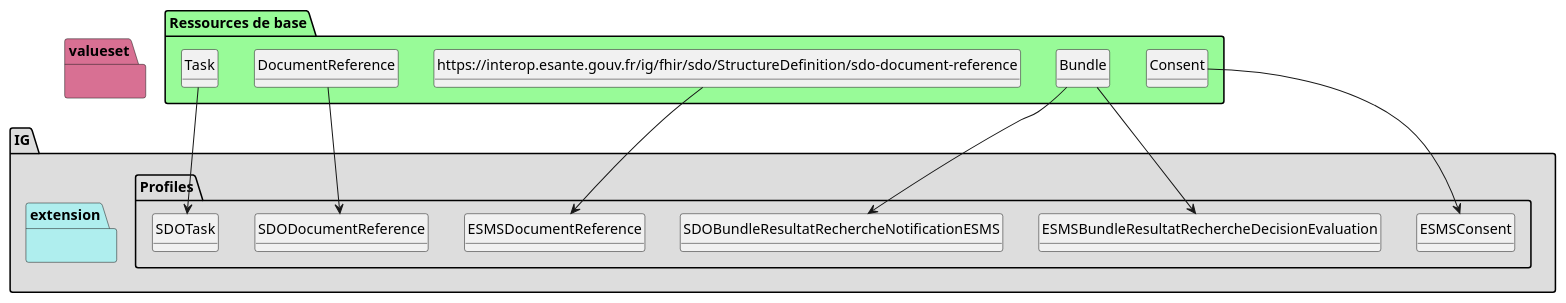
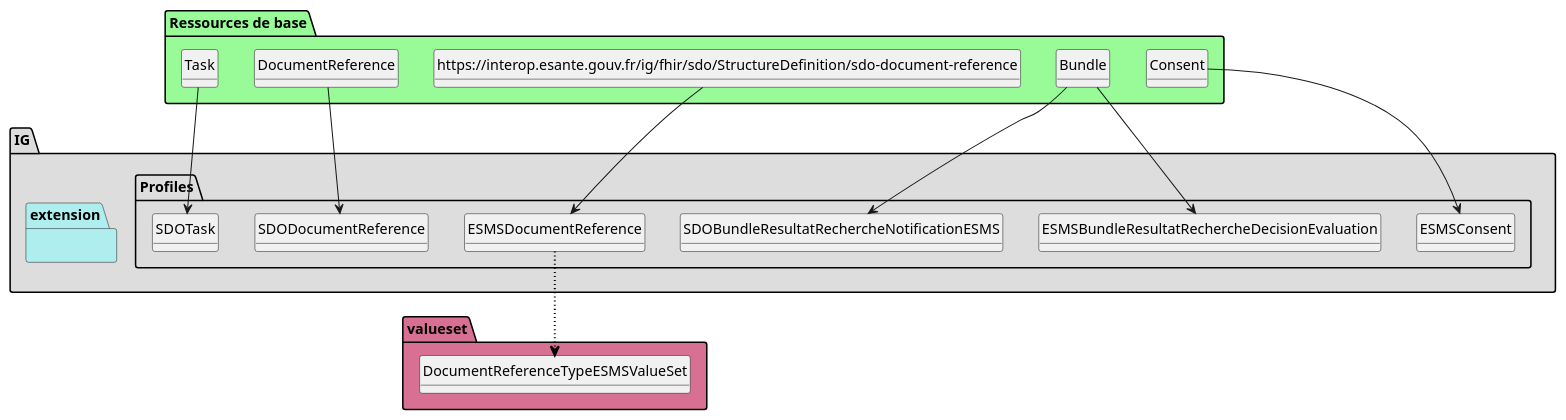
One commit to ansforge/IG-fhir-medicosocial-suivi-decisions-orientation changed the diagram in issues96/plantuml/graph.puml. Above: the diagram before and after it, drawn with PlantUML. The commit also changed 260 other files, not shown here.

```diff
--- a/issues96/plantuml/graph.puml
+++ b/issues96/plantuml/graph.puml
@@ -1,152 +1,156 @@
 @startuml
 set namespaceSeparator ?
 hide circle
 hide class fields
 
 package IG #DDDDDD{
 
      package Profiles #DDDDDD{
 
         class ESMSBundleResultatRechercheDecisionEvaluation{
 
              Bundle.type => [None..None]
              Bundle.entry.resource => [1..None]
         } 
 
         class ESMSConsent{
 
              Consent.meta => [1..None]
              Consent.meta.source => [1..None]
              Consent.scope => [None..None]
              Consent.category => [None..None]
              Consent.dateTime => [1..None]
              Consent.provision => [1..None]
              Consent.provision.data => [1..1]
              Consent.provision.data.meaning => [None..None]
              Consent.provision.data.reference => [None..None]
              Consent.provision.data.reference.identifier => [1..None]
              Consent.provision.data.reference.identifier.use => [1..None]
              Consent.provision.data.reference.identifier.value => [1..None]
         } 
 
         class ESMSDocumentReference{
 
              DocumentReference => [None..None]
              DocumentReference.identifier => [2..None]
              DocumentReference.type => [1..None]
              DocumentReference.content.attachment.title => [None..None]
         } 
 
         class SDOBundleResultatRechercheNotificationESMS{
 
              Bundle.type => [None..None]
              Bundle.entry.resource => [1..None]
         } 
 
         class SDODocumentReference{
 
              DocumentReference.identifier => [1..2]
              DocumentReference.identifier:idDecision => [1..1]
              DocumentReference.identifier:idDecision.use => [1..None]
              DocumentReference.identifier:idDecision.value => [1..None]
              DocumentReference.identifier:idNat_Decision => [0..1]
              DocumentReference.identifier:idNat_Decision.use => [1..None]
              DocumentReference.identifier:idNat_Decision.value => [1..None]
              DocumentReference.content => [None..1]
              DocumentReference.content.attachment.title => [1..None]
         } 
 
         class SDOTask{
 
              Task.meta.lastUpdated => [1..None]
              Task.intent => [None..None]
              Task.input => [5..None]
              Task.input:idNat_Struct => [1..1]
              Task.input:idNat_Struct.type => [None..None]
              Task.input:idNat_Struct.value[x] => [None..None]
              Task.input:nomESMS => [1..1]
              Task.input:nomESMS.type => [None..None]
              Task.input:nomESMS.value[x] => [None..None]
              Task.input:statutESMS => [0..1]
              Task.input:statutESMS.type => [None..None]
              Task.input:statutESMS.value[x] => [None..None]
              Task.input:motifESMS => [0..1]
              Task.input:motifESMS.type => [None..None]
              Task.input:motifESMS.value[x] => [None..None]
              Task.input:dateStatutESMS => [0..1]
              Task.input:dateStatutESMS.type => [None..None]
              Task.input:dateStatutESMS.value[x] => [None..None]
              Task.input:idUnite => [0..1]
              Task.input:idUnite.type => [None..None]
              Task.input:idUnite.value[x] => [None..None]
              Task.input:nomUnite => [0..1]
              Task.input:nomUnite.type => [None..None]
              Task.input:nomUnite.value[x] => [None..None]
              Task.input:categorieOrganisation => [0..1]
              Task.input:categorieOrganisation.type => [None..None]
              Task.input:categorieOrganisation.value[x] => [None..None]
              Task.input:temporaliteAccueil => [0..1]
              Task.input:temporaliteAccueil.type => [None..None]
              Task.input:temporaliteAccueil.value[x] => [None..None]
              Task.input:accueilSequentiel => [0..1]
              Task.input:accueilSequentiel.type => [None..None]
              Task.input:accueilSequentiel.value[x] => [None..None]
              Task.input:modePriseCharge => [0..1]
              Task.input:modePriseCharge.type => [None..None]
              Task.input:modePriseCharge.value[x] => [None..None]
              Task.input:statutUnite => [0..1]
              Task.input:statutUnite.type => [None..None]
              Task.input:statutUnite.value[x] => [None..None]
              Task.input:dateStatutUnite => [0..1]
              Task.input:dateStatutUnite.type => [None..None]
              Task.input:dateStatutUnite.value[x] => [None..None]
              Task.input:motifUnite => [0..1]
              Task.input:motifUnite.type => [None..None]
              Task.input:motifUnite.value[x] => [None..None]
              Task.input:typeDroitPrestation => [1..1]
              Task.input:typeDroitPrestation.type => [None..None]
              Task.input:typeDroitPrestation.value[x] => [None..None]
              Task.input:idDecision => [1..1]
              Task.input:idDecision.type => [None..None]
              Task.input:idDecision.value[x] => [None..None]
              Task.input:idNat_Decision => [1..1]
              Task.input:idNat_Decision.type => [None..None]
              Task.input:idNat_Decision.value[x] => [None..None]
          }
 
      }
      package extension #paleturquoise {
 
 
          }
      }
      package valueset #PaleVioletRed{
+
+        class DocumentReferenceTypeESMSValueSet  
+
+     ESMSDocumentReference -[#black,dotted,thickness=2]-> DocumentReferenceTypeESMSValueSet
        }
 
 package "Ressources de base" #palegreen {
 
  class "Bundle" as  class94c51f19c37f96ed231f5a0ae512b2a8 
 
     class94c51f19c37f96ed231f5a0ae512b2a8 --> ESMSBundleResultatRechercheDecisionEvaluation
 
  class "Consent" as  class1bbdf136f897ea2075a786bd05152095 
 
     class1bbdf136f897ea2075a786bd05152095 --> ESMSConsent
 
  class "https://interop.esante.gouv.fr/ig/fhir/sdo/StructureDefinition/sdo-document-reference" as  class6534e5d642a42f518f12b0cbd52c7fcd 
 
     class6534e5d642a42f518f12b0cbd52c7fcd --> ESMSDocumentReference
 
  class "Bundle" as  class94c51f19c37f96ed231f5a0ae512b2a8 
 
     class94c51f19c37f96ed231f5a0ae512b2a8 --> SDOBundleResultatRechercheNotificationESMS
 
  class "DocumentReference" as  classabc067272ee1964cc2c74c1c1a1854f5 
 
     classabc067272ee1964cc2c74c1c1a1854f5 --> SDODocumentReference
 
  class "Task" as  classeaeb30f9f18e0c50b178676f3eaef45f 
 
     classeaeb30f9f18e0c50b178676f3eaef45f --> SDOTask
 }
 @enduml
```
